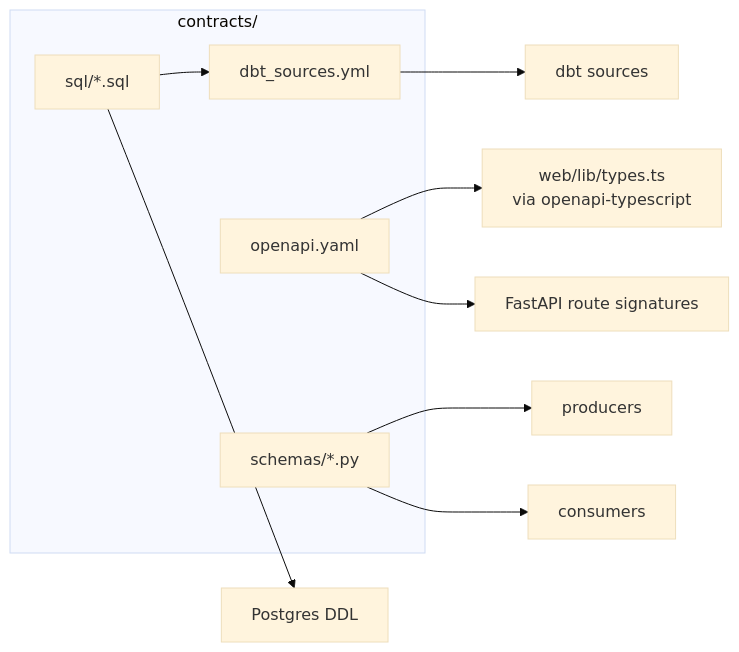
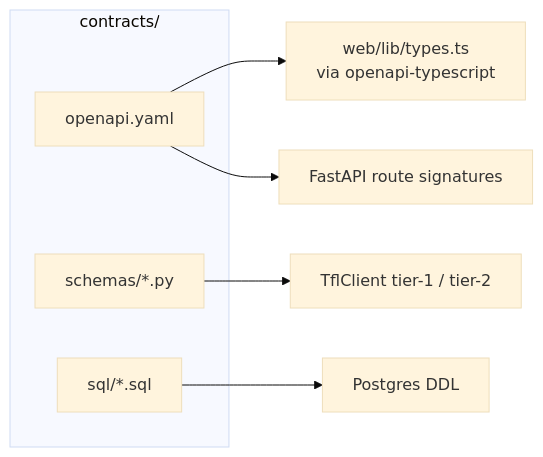
Before and after one commit to hcslomeu/tfl-monitor: the fourth of 4 diagrams in docs/architecture.md, drawn with Mermaid (base theme). The commit also changed other lines of this file and 15 other files, not shown here.

First line of the commit message:
docs: sync mkdocs site with live-proxy architecture (TM-35) (#131)

````diff
--- a/docs/architecture.md
+++ b/docs/architecture.md
@@ -180,17 +140,13 @@
 ```mermaid
 graph LR
     subgraph C[contracts/]
       OAPI[openapi.yaml]
       PYD[schemas/*.py]
       SQL[sql/*.sql]
-      DBTSRC[dbt_sources.yml]
     end
 
     OAPI --> WEB[web/lib/types.ts<br/>via openapi-typescript]
     OAPI --> API[FastAPI route signatures]
-    PYD --> PROD[producers]
-    PYD --> CONS[consumers]
+    PYD --> CLIENT[TflClient tier-1 / tier-2]
     SQL --> PG[Postgres DDL]
-    SQL --> DBTSRC
-    DBTSRC --> DBT[dbt sources]
 ```
````
